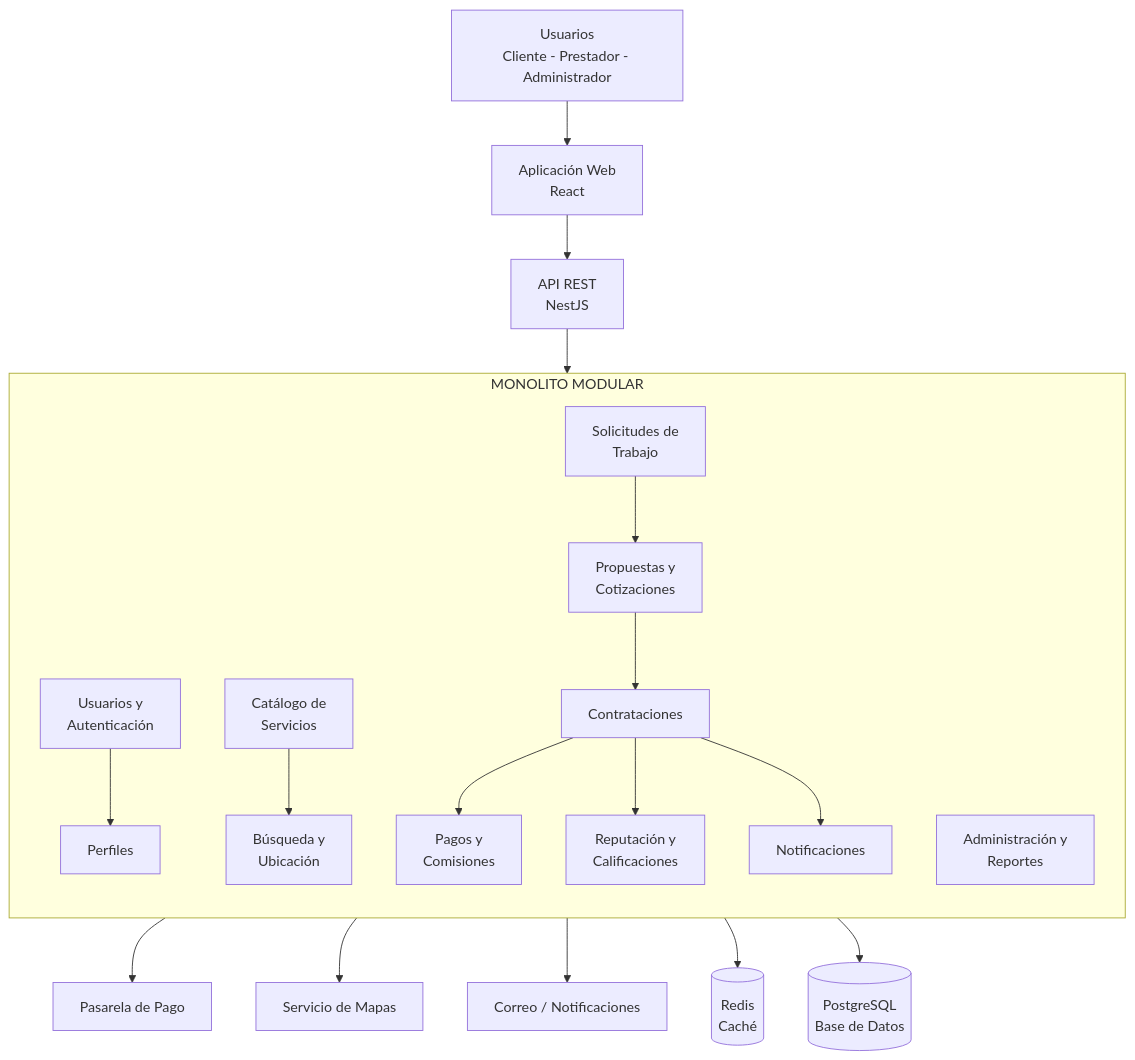
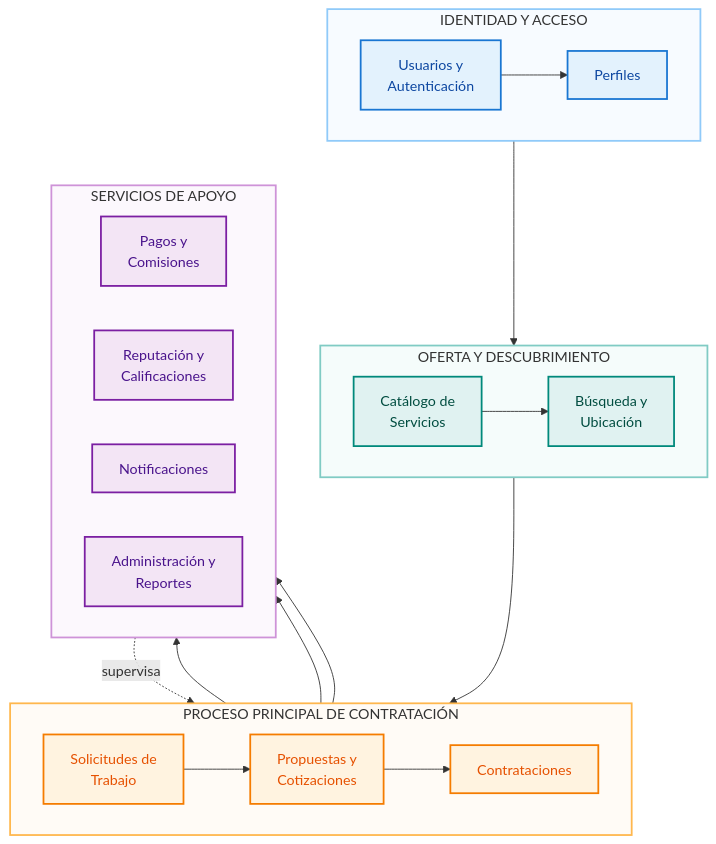
One commit to Roki-7/PlataformaServicios-Arquitectura-Anderson-Ochoa changed the second of 8 diagrams in arquitectura/arquitectura-inicial.md. Above: the diagram before and after it, drawn with Mermaid. The commit also changed other lines of this file, not shown here.

Commit message:
docs: mejorar arquitectura y diagramas del sistema

````diff
--- a/arquitectura/arquitectura-inicial.md
+++ b/arquitectura/arquitectura-inicial.md
@@ -42,51 +174,65 @@
 ```mermaid
 flowchart TB
 
-    USUARIO["Usuarios<br/>Cliente - Prestador - Administrador"]
-
-    WEB["Aplicación Web<br/>React"]
-
-    API["API REST<br/>NestJS"]
-
-    subgraph MONOLITO["MONOLITO MODULAR"]
-        direction TB
+    subgraph IDENTIDAD["IDENTIDAD Y ACCESO"]
+        direction LR
 
         USUARIOS["Usuarios y<br/>Autenticación"]
         PERFILES["Perfiles"]
-        SERVICIOS["Catálogo de<br/>Servicios"]
+
+        USUARIOS --> PERFILES
+    end
+
+    subgraph OFERTA["OFERTA Y DESCUBRIMIENTO"]
+        direction LR
+
+        CATALOGO["Catálogo de<br/>Servicios"]
+        BUSQUEDA["Búsqueda y<br/>Ubicación"]
+
+        CATALOGO --> BUSQUEDA
+    end
+
+    subgraph NEGOCIO["PROCESO PRINCIPAL DE CONTRATACIÓN"]
+        direction LR
+
         SOLICITUDES["Solicitudes de<br/>Trabajo"]
         PROPUESTAS["Propuestas y<br/>Cotizaciones"]
         CONTRATACION["Contrataciones"]
-        REPUTACION["Reputación y<br/>Calificaciones"]
-        PAGOS["Pagos y<br/>Comisiones"]
-        NOTIFICACIONES["Notificaciones"]
-        ADMIN["Administración y<br/>Reportes"]
-        BUSQUEDA["Búsqueda y<br/>Ubicación"]
+
+        SOLICITUDES --> PROPUESTAS
+        PROPUESTAS --> CONTRATACION
     end
 
-    REDIS[("Redis<br/>Caché")]
-    POSTGRES[("PostgreSQL<br/>Base de Datos")]
+    subgraph APOYO["SERVICIOS DE APOYO"]
+        direction LR
 
-    PASARELA["Pasarela de Pago"]
-    MAPAS["Servicio de Mapas"]
-    NOTIF_EXT["Correo / Notificaciones"]
+        PAGOS["Pagos y<br/>Comisiones"]
+        REPUTACION["Reputación y<br/>Calificaciones"]
+        NOTIFICACIONES["Notificaciones"]
+        ADMINISTRACION["Administración y<br/>Reportes"]
+    end
 
-    USUARIO --> WEB
-    WEB --> API
-    API --> MONOLITO
+    PERFILES --> CATALOGO
+    BUSQUEDA --> SOLICITUDES
 
-    USUARIOS --> PERFILES
-    SERVICIOS --> BUSQUEDA
-    SOLICITUDES --> PROPUESTAS
-    PROPUESTAS --> CONTRATACION
     CONTRATACION --> PAGOS
     CONTRATACION --> REPUTACION
     CONTRATACION --> NOTIFICACIONES
+    ADMINISTRACION -. supervisa .-> CONTRATACION
 
-    MONOLITO --> REDIS
-    MONOLITO --> POSTGRES
 
-    PAGOS --> PASARELA
-    BUSQUEDA --> MAPAS
-    NOTIFICACIONES --> NOTIF_EXT
+    classDef identity fill:#E3F2FD,stroke:#1976D2,color:#0D47A1,stroke-width:2px;
+    classDef discovery fill:#E0F2F1,stroke:#00897B,color:#004D40,stroke-width:2px;
+    classDef business fill:#FFF3E0,stroke:#F57C00,color:#E65100,stroke-width:2px;
+    classDef support fill:#F3E5F5,stroke:#7B1FA2,color:#4A148C,stroke-width:2px;
+
+    class USUARIOS,PERFILES identity;
+    class CATALOGO,BUSQUEDA discovery;
+    class SOLICITUDES,PROPUESTAS,CONTRATACION business;
+    class PAGOS,REPUTACION,NOTIFICACIONES,ADMINISTRACION support;
+
+    style IDENTIDAD fill:#F7FBFF,stroke:#90CAF9,stroke-width:2px
+    style OFERTA fill:#F5FCFB,stroke:#80CBC4,stroke-width:2px
+    style NEGOCIO fill:#FFFBF6,stroke:#FFB74D,stroke-width:2px
+    style APOYO fill:#FCF8FD,stroke:#CE93D8,stroke-width:2px
 ```
````
